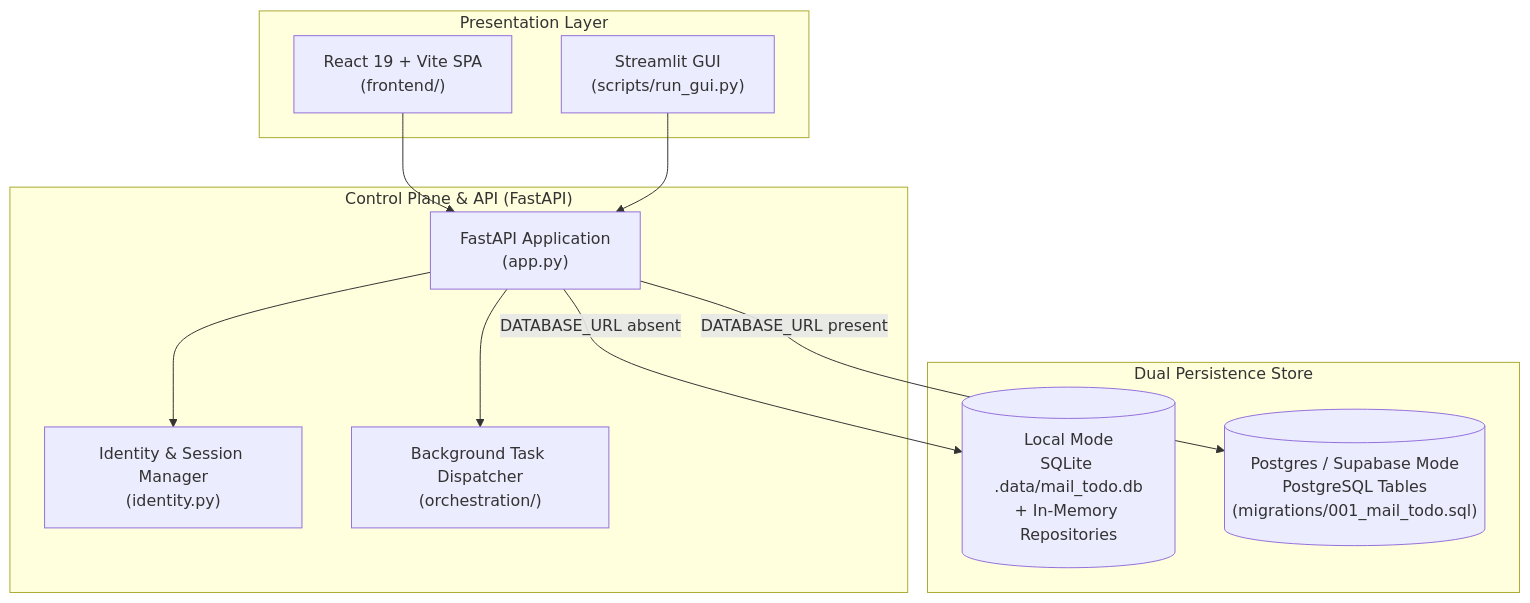
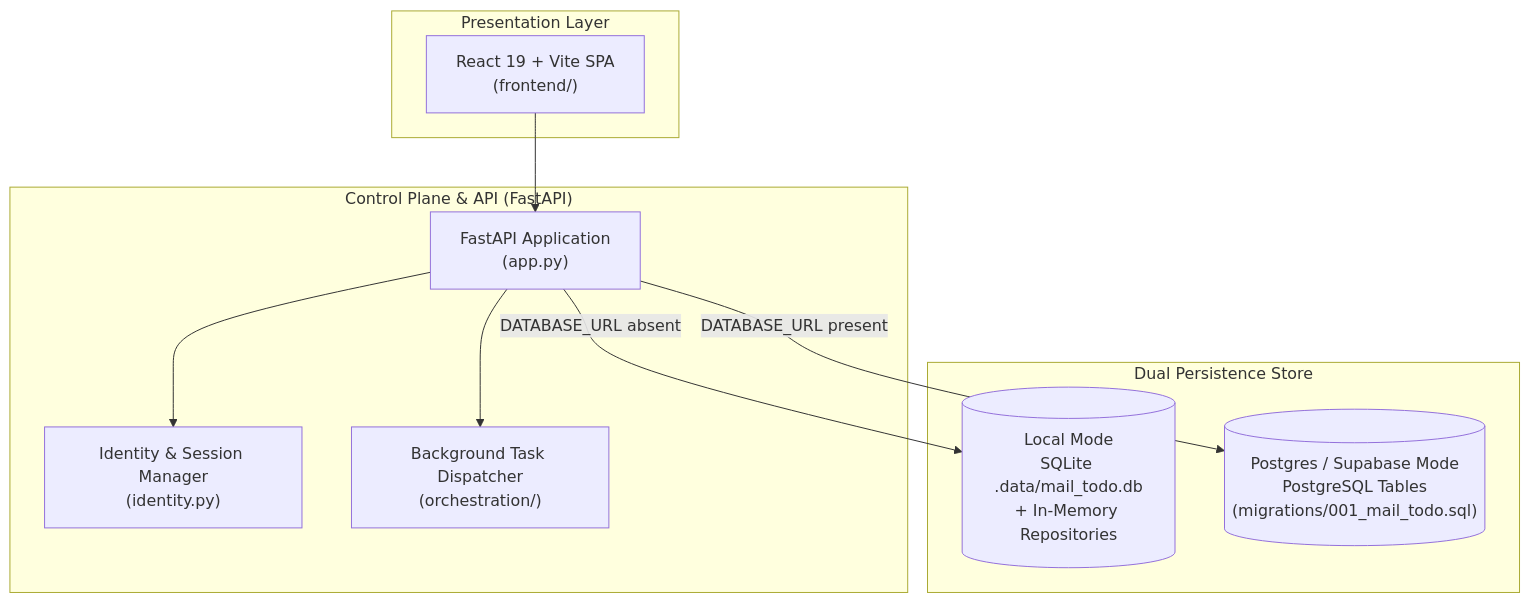
Before and after one commit to MathematicGuy/EMAIL-AGENT-v1: the diagram in docs/architectures/current-architectures/03-control-plane-persistence-and-uis.md, drawn with Mermaid. The commit also changed other lines of this file and 39 other files, not shown here.

Commit message:
docs(architecture): sync current-architectures for single-tenant MVP and clean up stale context

````diff
--- a/docs/architectures/current-architectures/03-control-plane-persistence-and-uis.md
+++ b/docs/architectures/current-architectures/03-control-plane-persistence-and-uis.md
@@ -14,26 +14,24 @@
 ```mermaid
 flowchart TB
     subgraph PRESENTATION["Presentation Layer"]
         REACT["React 19 + Vite SPA<br/>(frontend/)"]
-        STREAMLIT["Streamlit GUI<br/>(scripts/run_gui.py)"]
     end
 
     subgraph CONTROL["Control Plane & API (FastAPI)"]
         APP["FastAPI Application<br/>(app.py)"]
         AUTH["Identity & Session Manager<br/>(identity.py)"]
         WORKER["Background Task Dispatcher<br/>(orchestration/)"]
     end
 
     subgraph PERSISTENCE["Dual Persistence Store"]
         LOCAL[("Local Mode<br/>SQLite .data/mail_todo.db<br/>+ In-Memory Repositories")]
         PG[("Postgres / Supabase Mode<br/>PostgreSQL Tables<br/>(migrations/001_mail_todo.sql)")]
     end
 
     REACT --> APP
-    STREAMLIT --> APP
     APP --> AUTH
     APP --> WORKER
     
     APP -->|DATABASE_URL absent| LOCAL
     APP -->|DATABASE_URL present| PG
 ```
````
